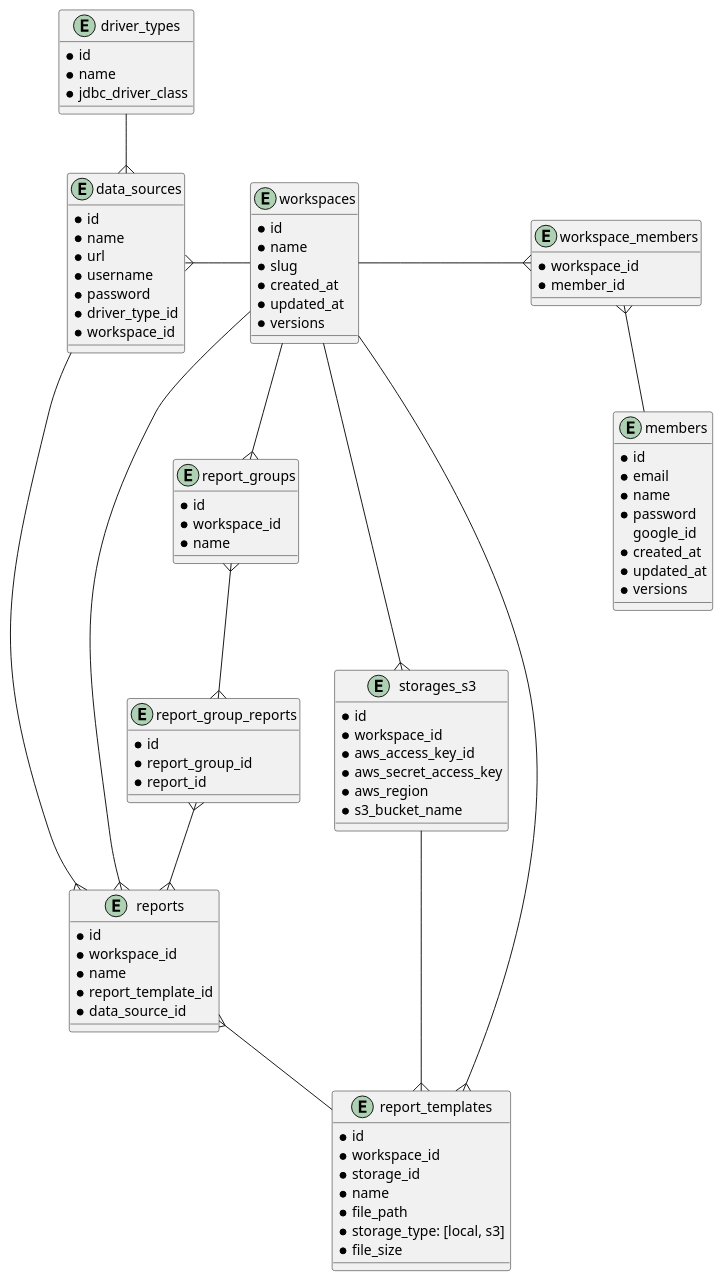
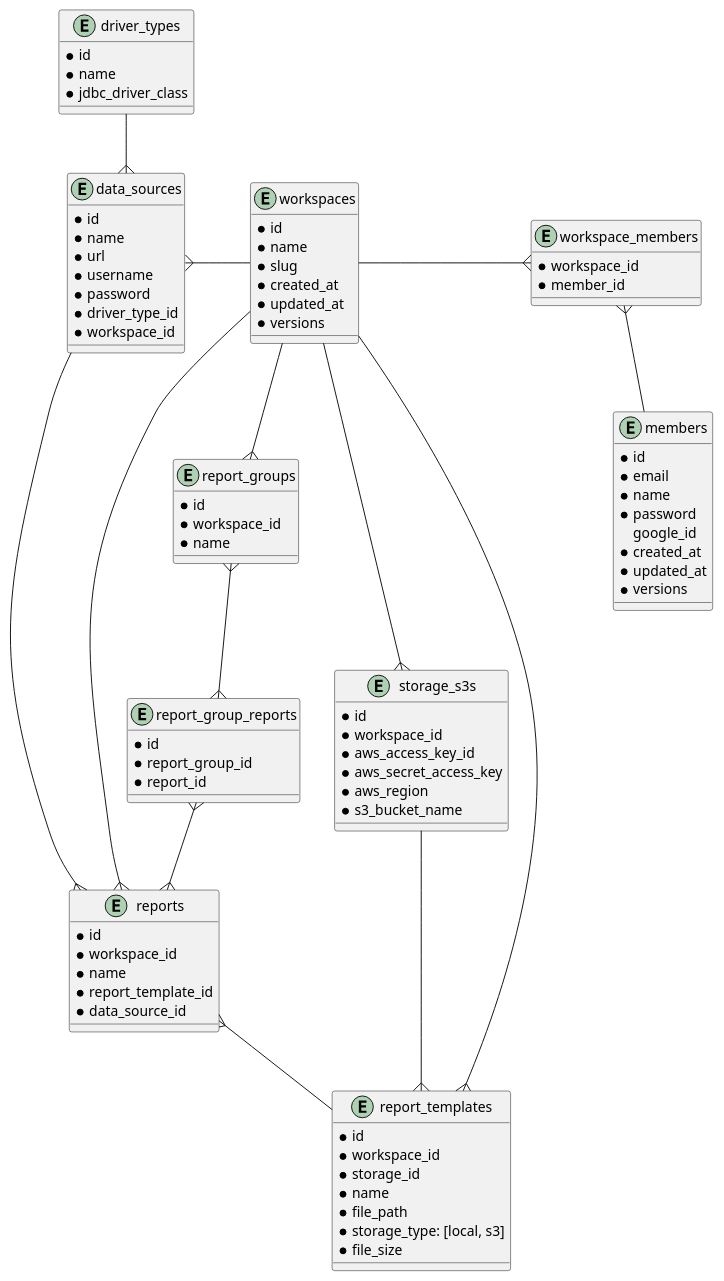
One commit to ijufumi/openreports-api changed the diagram in docs/db/diagram.puml. Above: the diagram before and after it, drawn with PlantUML.

Commit message:
fix: rename storage_s3s table.

```diff
--- a/docs/db/diagram.puml
+++ b/docs/db/diagram.puml
@@ -1,97 +1,97 @@
 @startuml
 
 entity members {
   * id
   * email
   * name
   * password
     google_id
   * created_at
   * updated_at
   * versions
 }
 
 entity workspaces {
   * id
   * name
   * slug
   * created_at
   * updated_at
   * versions
 }
 
 entity workspace_members {
   * workspace_id
   * member_id
 }
 
 entity data_sources {
   * id
   * name
   * url
   * username
   * password
   * driver_type_id
   * workspace_id
 }
 
 entity driver_types {
   * id
   * name
   * jdbc_driver_class
 }
 
 entity reports {
   * id
   * workspace_id
   * name
   * report_template_id
   * data_source_id
 }
 
 entity report_templates {
   * id
   * workspace_id
   * storage_id
   * name
   * file_path
   * storage_type: [local, s3]
   * file_size
 }
 
 entity report_groups {
   * id
   * workspace_id
   * name
 }
 
 entity report_group_reports {
   * id
   * report_group_id
   * report_id
 }
 
-entity storages_s3 {
+entity storage_s3s {
   * id
   * workspace_id
   * aws_access_key_id
   * aws_secret_access_key
   * aws_region
   * s3_bucket_name
 }
 
 workspaces --r{ workspace_members
 workspace_members }-- members
 workspaces --l{ data_sources
 workspaces --{ reports
 workspaces --{ report_templates
 workspaces --{ report_groups
 reports }-- report_templates
 report_groups }--{ report_group_reports
 report_group_reports }--{ reports
 driver_types --{ data_sources
 data_sources --{ reports
-workspaces --{ storages_s3
-storages_s3 --{ report_templates
+workspaces --{ storage_s3s
+storage_s3s --{ report_templates
 
 @enduml
```
